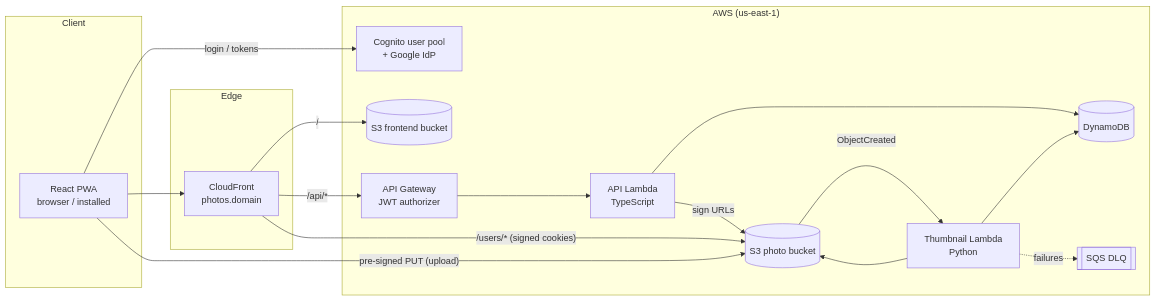
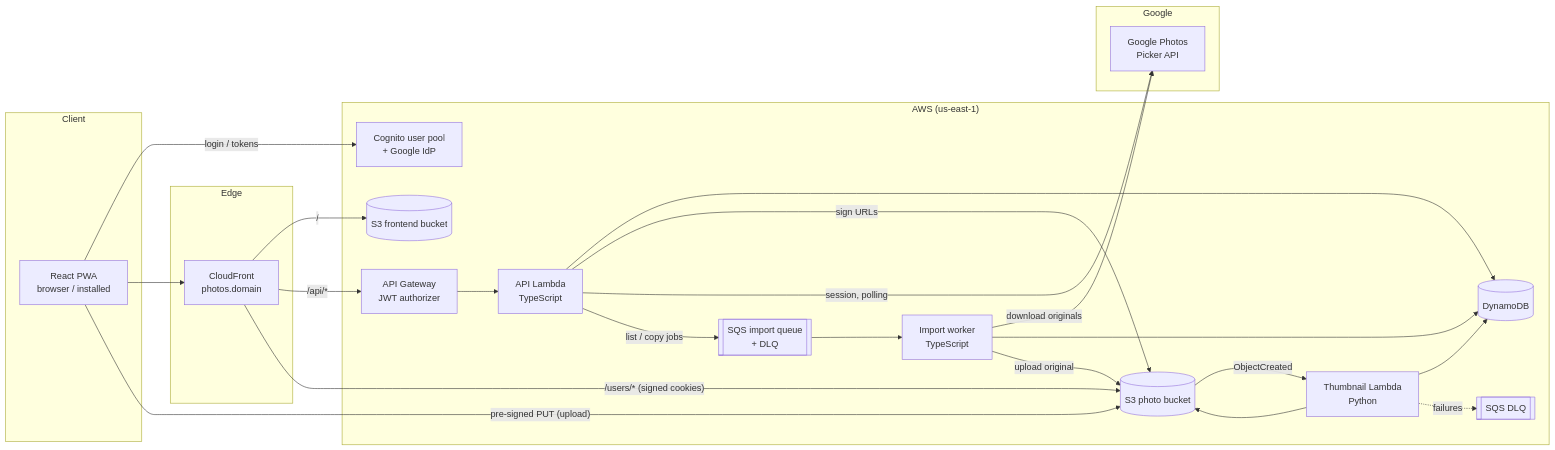
One commit to EdgarA28/Photo-app changed the diagram in docs/SPECIFICATION.md. Above: the diagram before and after it, drawn with Mermaid. The commit also changed other lines of this file and 2 other files, not shown here.

First line of the commit message:
Plan importing photos from Google Photos (13.5, FR-IMP-1–6)

````diff
--- a/docs/SPECIFICATION.md
+++ b/docs/SPECIFICATION.md
@@ -142,34 +144,45 @@
 ```mermaid
 flowchart LR
   subgraph Client
     PWA[React PWA<br/>browser / installed]
   end
 
   subgraph Edge
     CF[CloudFront<br/>photos.domain]
   end
 
   subgraph AWS["AWS (us-east-1)"]
     COG[Cognito user pool<br/>+ Google IdP]
     APIGW[API Gateway<br/>JWT authorizer]
     API[API Lambda<br/>TypeScript]
     DDB[(DynamoDB)]
     WEB[(S3 frontend bucket)]
     S3[(S3 photo bucket)]
     THUMB[Thumbnail Lambda<br/>Python]
     DLQ[[SQS DLQ]]
+    IMPQ[[SQS import queue<br/>+ DLQ]]
+    IMP[Import worker<br/>TypeScript]
+  end
+
+  subgraph Google
+    GP[Google Photos<br/>Picker API]
   end
 
   PWA -- login / tokens --> COG
   PWA --> CF
   CF -- "/" --> WEB
   CF -- "/api/*" --> APIGW --> API
   CF -- "/users/* (signed cookies)" --> S3
   API --> DDB
   API -- sign URLs --> S3
   PWA -- "pre-signed PUT (upload)" --> S3
   S3 -- ObjectCreated --> THUMB
   THUMB --> S3
   THUMB --> DDB
   THUMB -. failures .-> DLQ
+  API -- "session, polling" --> GP
+  API -- "list / copy jobs" --> IMPQ --> IMP
+  IMP -- "download originals" --> GP
+  IMP --> DDB
+  IMP -- "upload original" --> S3
 ```
````
